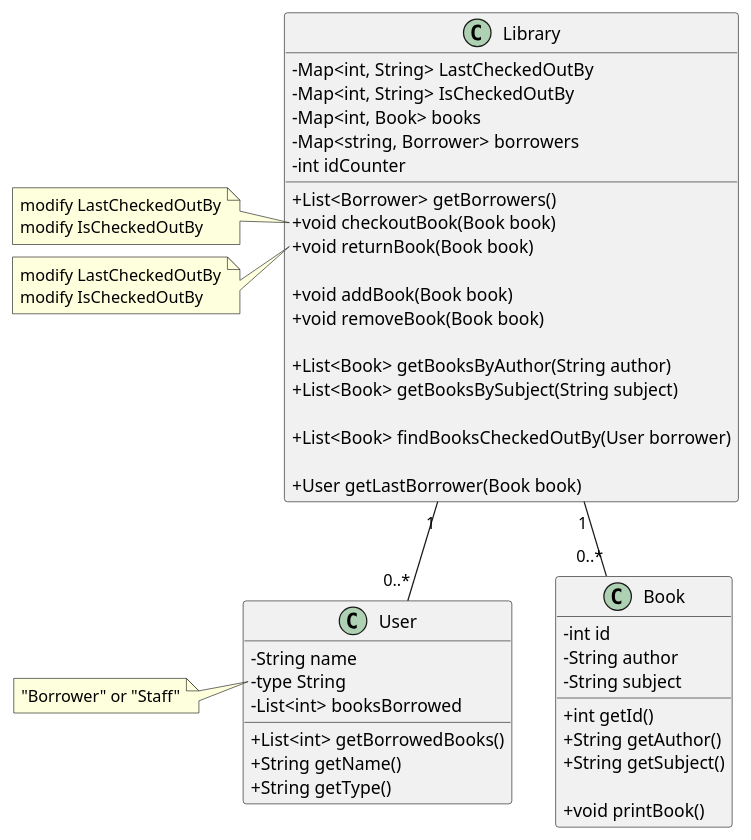
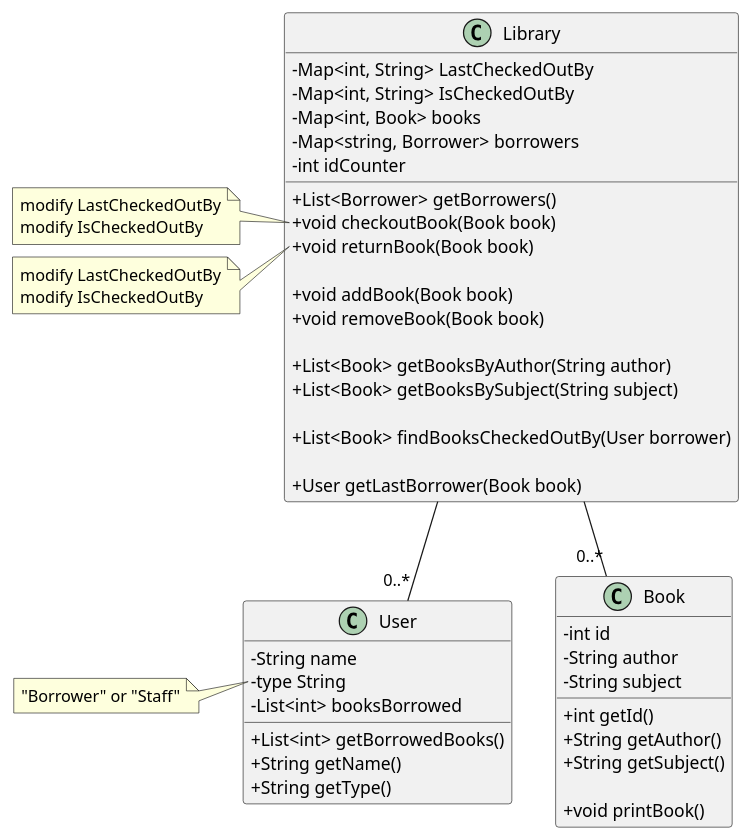
Before and after one commit to MarkLai0317/Software-Engineering-Midterm: the diagram in uml/uml-2.puml, drawn with PlantUML. The commit also changed 3 other files, not shown here.

Commit message:
uml update

```diff
--- a/uml/uml-2.puml
+++ b/uml/uml-2.puml
@@ -1,66 +1,66 @@
 @startuml
 skinparam classAttributeIconSize 0
 
 class Book{
     -int id
     -String author
     -String subject
 
     +int getId()
     +String getAuthor()
     +String getSubject()
 
     +void printBook()
 }
 
 class User{
     -String name
     -type String
     -List<int> booksBorrowed
     +List<int> getBorrowedBooks()
     +String getName()
     +String getType()
 }
 note left of User::type
     "Borrower" or "Staff"
 end note
 
 
 class Library{
 
     'store last borrower of a book'
     -Map<int, String> LastCheckedOutBy 
     -Map<int, String> IsCheckedOutBy
     -Map<int, Book> books
     -Map<string, Borrower> borrowers
     -int idCounter
 
     +List<Borrower> getBorrowers()
     +void checkoutBook(Book book)
     +void returnBook(Book book)
 
     +void addBook(Book book)
     +void removeBook(Book book)
 
     +List<Book> getBooksByAuthor(String author)
     +List<Book> getBooksBySubject(String subject)
 
     +List<Book> findBooksCheckedOutBy(User borrower)
 
     +User getLastBorrower(Book book)
 
 }
 
-Library "1" -- "0..*" Book
-Library "1" -- "0..*" User
+Library -- "0..*" Book
+Library -- "0..*" User
 
 note left of  Library::checkoutBook
     modify LastCheckedOutBy
     modify IsCheckedOutBy
 end note
 
 note left of  Library::returnBook
     modify LastCheckedOutBy
     modify IsCheckedOutBy
 end note
 @enduml
```
